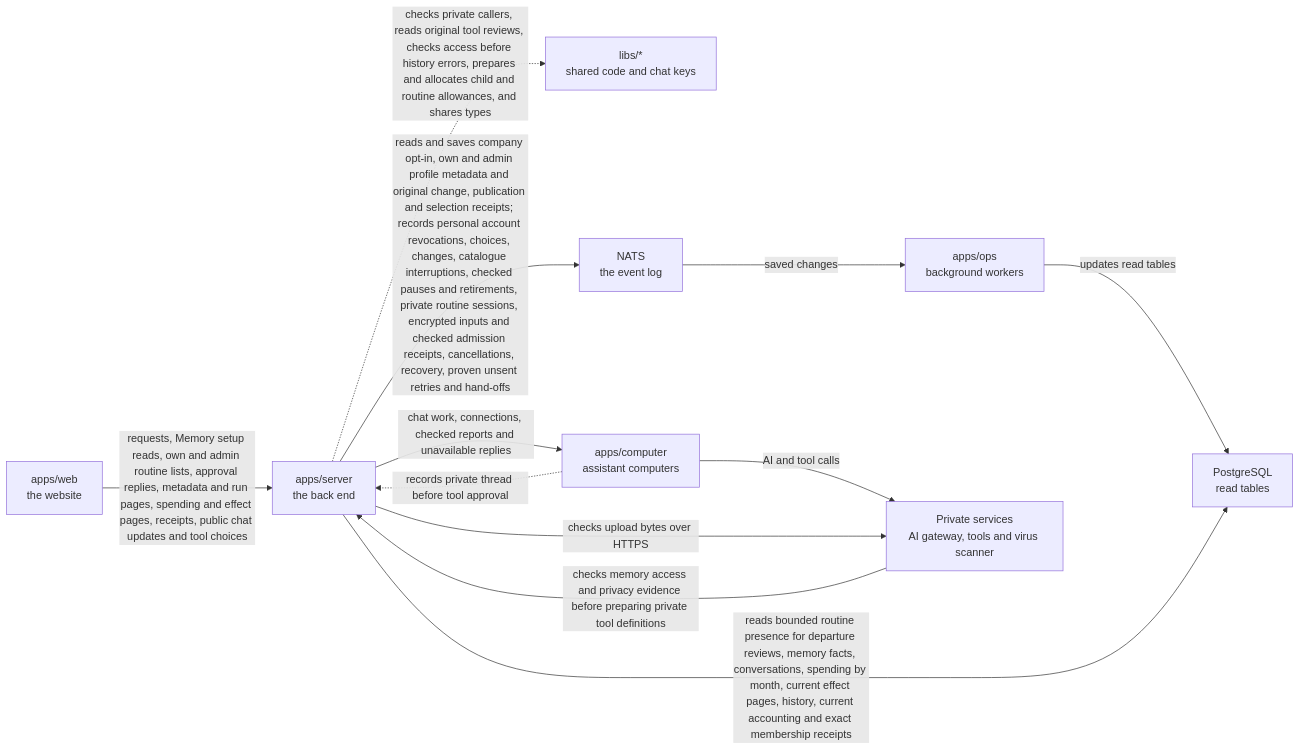
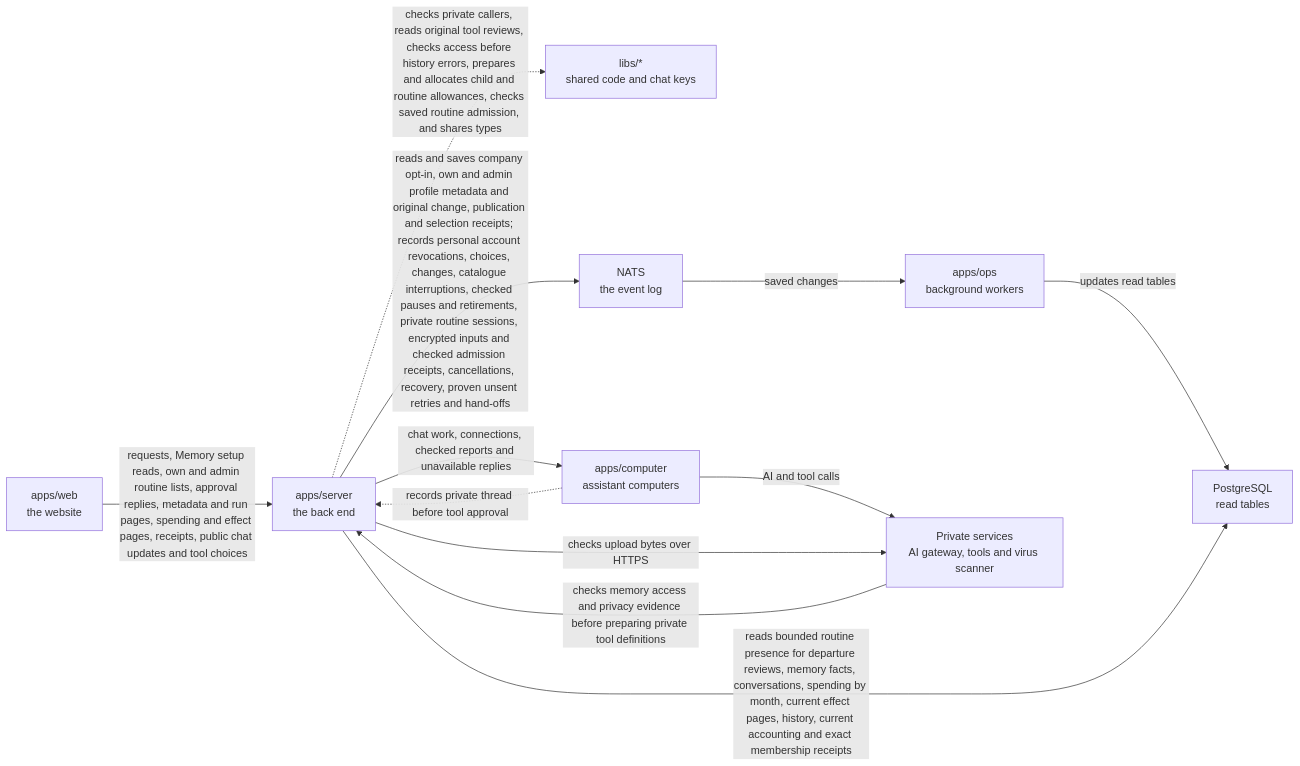
Before and after one commit to elewa-git/opencrane-new: the diagram in apps/server/README.md, drawn with Mermaid. The commit also changed other lines of this file and 5 other files, not shown here.

First line of the commit message:
⏱️ Saved routine admissions are re-checked against worker, access and budget stop before any hand-off (#771)

````diff
--- a/apps/server/README.md
+++ b/apps/server/README.md
@@ -92,14 +95,14 @@
 ```mermaid
 flowchart LR
   web["apps/web<br/>the website"] -->|requests, Memory setup reads, own and admin routine lists, approval replies, metadata and run pages, spending and effect pages, receipts, public chat updates and tool choices| server["apps/server<br/>the back end"]
-  server -.->|checks private callers, reads original tool reviews, checks access before history errors, prepares and allocates child and routine allowances, and shares types| libs["libs/*<br/>shared code and chat keys"]
+  server -.->|checks private callers, reads original tool reviews, checks access before history errors, prepares and allocates child and routine allowances, checks saved routine admission, and shares types| libs["libs/*<br/>shared code and chat keys"]
   server -->|reads and saves company opt-in, own and admin profile metadata and original change, publication and selection receipts; records personal account revocations, choices, changes, catalogue interruptions, checked pauses and retirements, private routine sessions, encrypted inputs and checked admission receipts, cancellations, recovery, proven unsent retries and hand-offs| nats["NATS<br/>the event log"]
   nats -->|saved changes| ops["apps/ops<br/>background workers"]
   ops -->|updates read tables| postgres["PostgreSQL<br/>read tables"]
   server -->|reads bounded routine presence for departure reviews, memory facts, conversations, spending by month, current effect pages, history, current accounting and exact membership receipts| postgres
   server -->|chat work, connections, checked reports and unavailable replies| computer["apps/computer<br/>assistant computers"]
   computer -.->|records private thread before tool approval| server
   computer -->|AI and tool calls| runtime["Private services<br/>AI gateway, tools and virus scanner"]
   server -->|checks upload bytes over HTTPS| runtime
   runtime -->|checks memory access and privacy evidence before preparing private tool definitions| server
 ```
````
